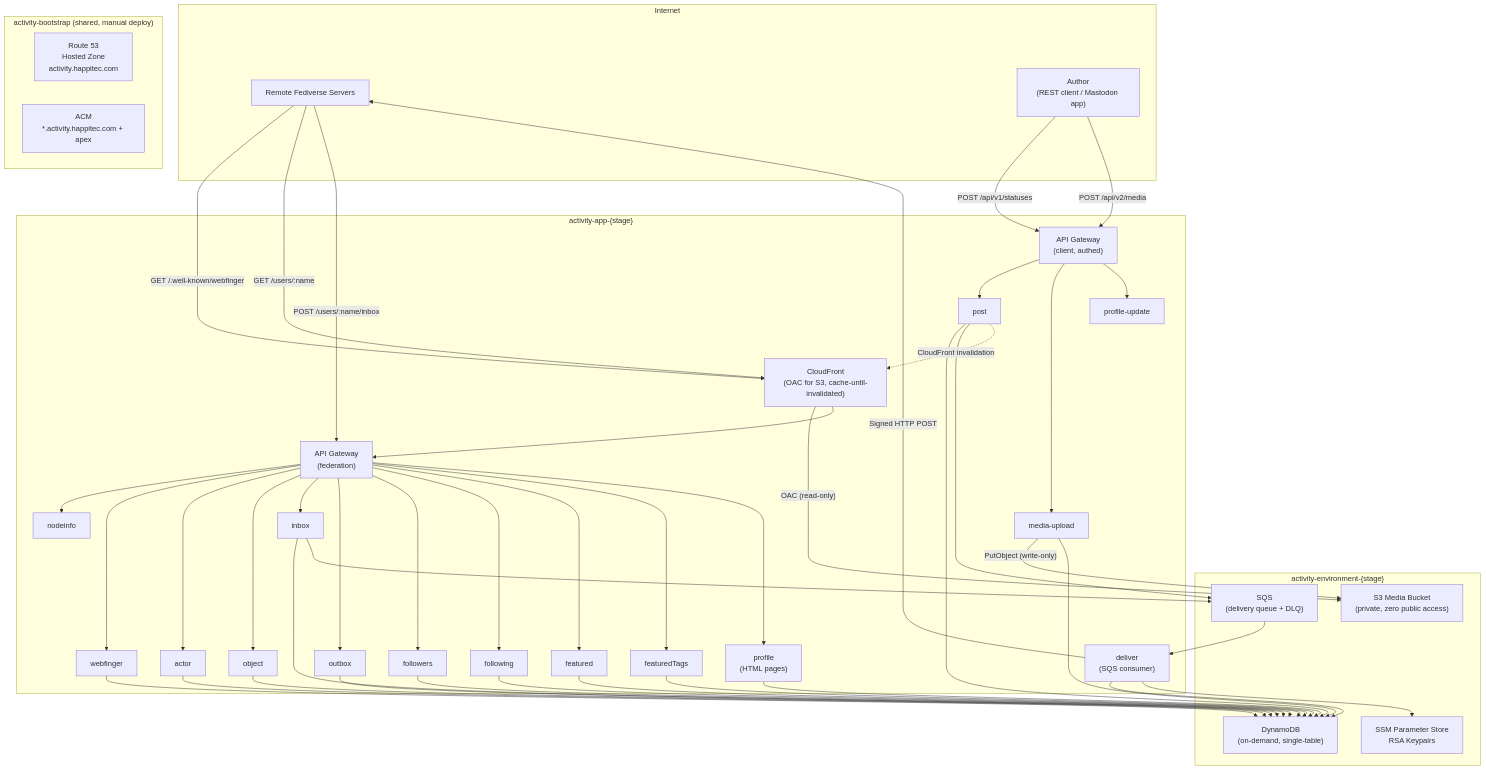
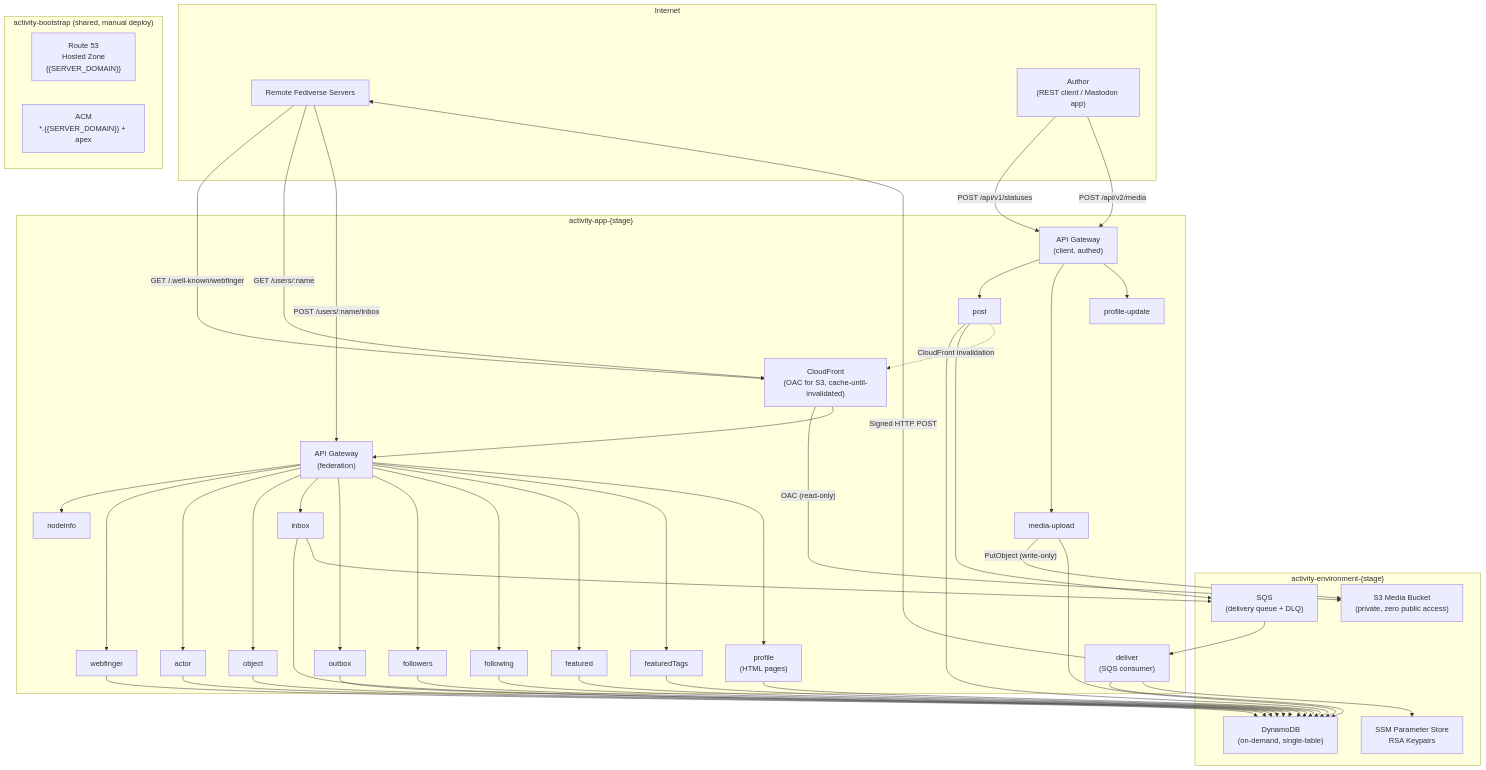
One commit to happitec-inc/FederatedActivityPublisher changed the first of 4 diagrams in Sources/ActivityPubCore/Documentation.docc/ArchitectureOverview.md. Above: the diagram before and after it, drawn with Mermaid. The commit also changed other lines of this file and 37 other files, not shown here.

```diff
--- a/Sources/ActivityPubCore/Documentation.docc/ArchitectureOverview.md
+++ b/Sources/ActivityPubCore/Documentation.docc/ArchitectureOverview.md
@@ -16,8 +16,8 @@
     end
 
     subgraph "activity-bootstrap (shared, manual deploy)"
-        R53["Route 53<br/>Hosted Zone<br/>activity.happitec.com"]
-        ACM["ACM<br/>*.activity.happitec.com + apex"]
+        R53["Route 53<br/>Hosted Zone<br/>{{SERVER_DOMAIN}}"]
+        ACM["ACM<br/>*.{{SERVER_DOMAIN}} + apex"]
     end
 
     subgraph "activity-environment-{stage}"
```
